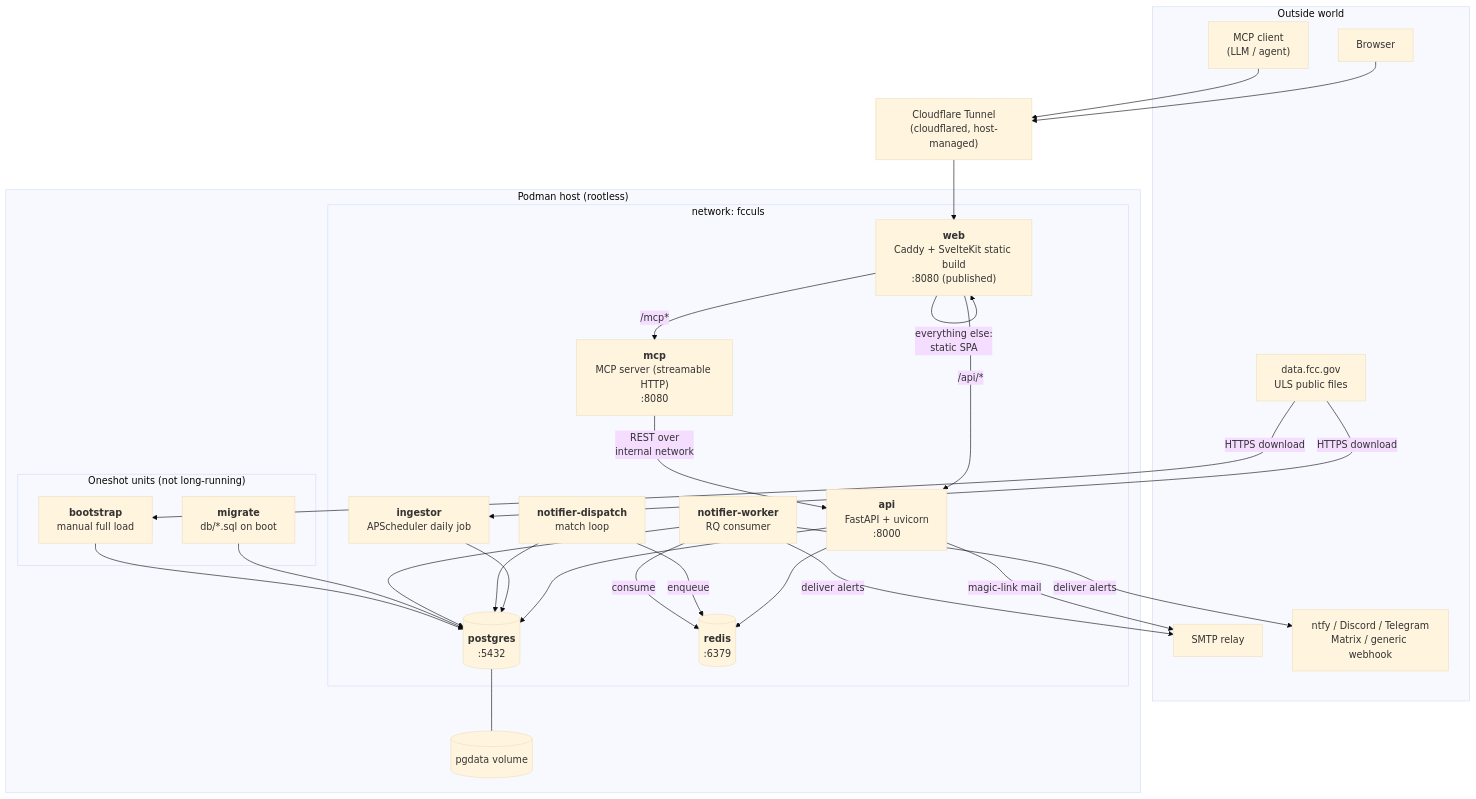
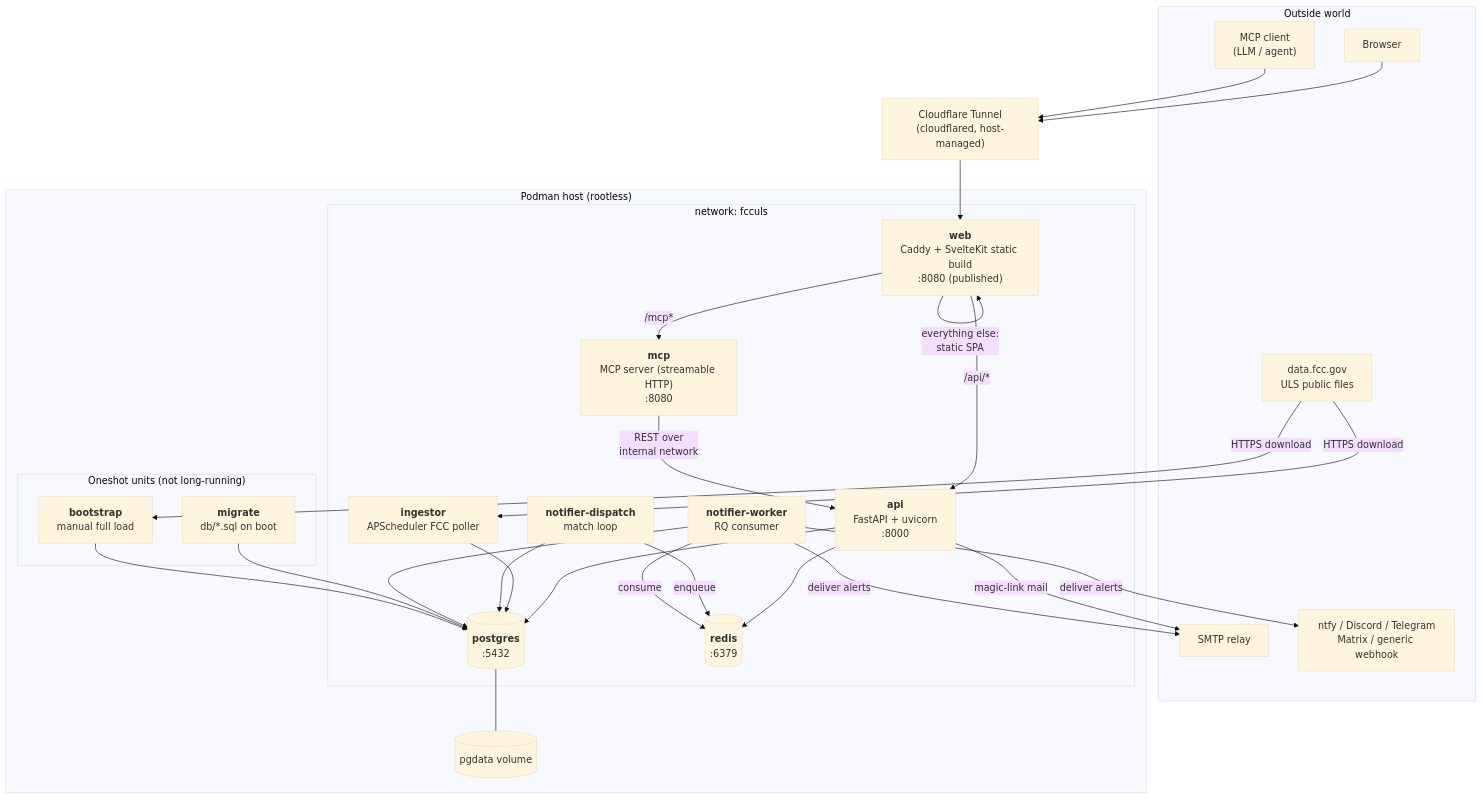
One commit to n00tz/fcculs-explorer changed the first of 17 diagrams in docs/architecture.md. Above: the diagram before and after it, drawn with Mermaid (base theme). The commit also changed other lines of this file and 19 other files, not shown here.

````diff
--- a/docs/architecture.md
+++ b/docs/architecture.md
@@ -37,57 +37,57 @@
 ```mermaid
 flowchart TB
     subgraph outside["Outside world"]
         user["Browser"]
         agent["MCP client<br/>(LLM / agent)"]
         fcc["data.fcc.gov<br/>ULS public files"]
         smtp["SMTP relay"]
         hooks["ntfy / Discord / Telegram<br/>Matrix / generic webhook"]
     end
 
     cf["Cloudflare Tunnel<br/>(cloudflared, host-managed)"]
 
     subgraph host["Podman host (rootless)"]
         subgraph net["network: fcculs"]
             web["<b>web</b><br/>Caddy + SvelteKit static build<br/>:8080 (published)"]
             api["<b>api</b><br/>FastAPI + uvicorn<br/>:8000"]
             mcp["<b>mcp</b><br/>MCP server (streamable HTTP)<br/>:8080"]
-            ingestor["<b>ingestor</b><br/>APScheduler daily job"]
+            ingestor["<b>ingestor</b><br/>APScheduler FCC poller"]
             dispatch["<b>notifier-dispatch</b><br/>match loop"]
             worker["<b>notifier-worker</b><br/>RQ consumer"]
             pg[("<b>postgres</b><br/>:5432")]
             redis[("<b>redis</b><br/>:6379")]
         end
 
         subgraph oneshot["Oneshot units (not long-running)"]
             migrate["<b>migrate</b><br/>db/*.sql on boot"]
             bootstrap["<b>bootstrap</b><br/>manual full load"]
         end
 
         pgvol[("pgdata volume")]
     end
 
     user --> cf --> web
     agent --> cf
     web -->|"/api/*"| api
     web -->|"/mcp*"| mcp
     mcp -->|"REST over<br/>internal network"| api
     web -->|"everything else:<br/>static SPA"| web
 
     api --> pg
     api --> redis
     ingestor --> pg
     dispatch --> pg
     dispatch -->|"enqueue"| redis
     worker -->|"consume"| redis
     worker --> pg
 
     fcc -->|"HTTPS download"| ingestor
     fcc -->|"HTTPS download"| bootstrap
     api -->|"magic-link mail"| smtp
     worker -->|"deliver alerts"| smtp
     worker -->|"deliver alerts"| hooks
 
     migrate --> pg
     bootstrap --> pg
     pg --- pgvol
 ```
````
